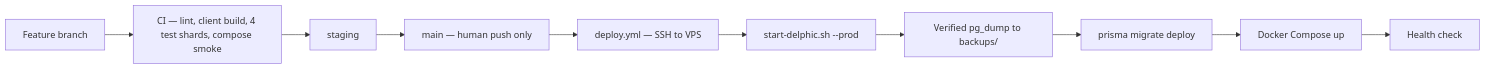
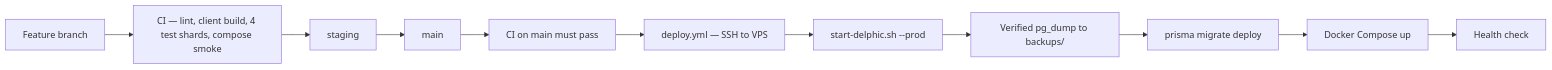
One commit to radheshDelphic12/delphic-one-new changed diagram 13 of 13 in README.md. Above: the diagram before and after it, drawn with Mermaid. The commit also changed other lines of this file and 7 other files, not shown here.

Commit message:
docs: README, architecture overview and feature docs for Zklyrera, shared Sales requirements, reports drill-down and the deploy flow

````diff
--- a/README.md
+++ b/README.md
@@ -675,12 +685,13 @@
 ```mermaid
 flowchart LR
   Dev[Feature branch] --> CI[CI — lint, client build, 4 test shards, compose smoke]
   CI --> Stg[staging]
-  Stg --> Main[main — human push only]
-  Main --> Deploy[deploy.yml — SSH to VPS]
+  Stg --> Main[main]
+  Main --> CIMain[CI on main must pass]
+  CIMain --> Deploy[deploy.yml — SSH to VPS]
   Deploy --> Script[start-delphic.sh --prod]
   Script --> Bak[Verified pg_dump to backups/]
   Bak --> Mig[prisma migrate deploy]
   Mig --> Up[Docker Compose up]
   Up --> Health[Health check]
 ```
````
